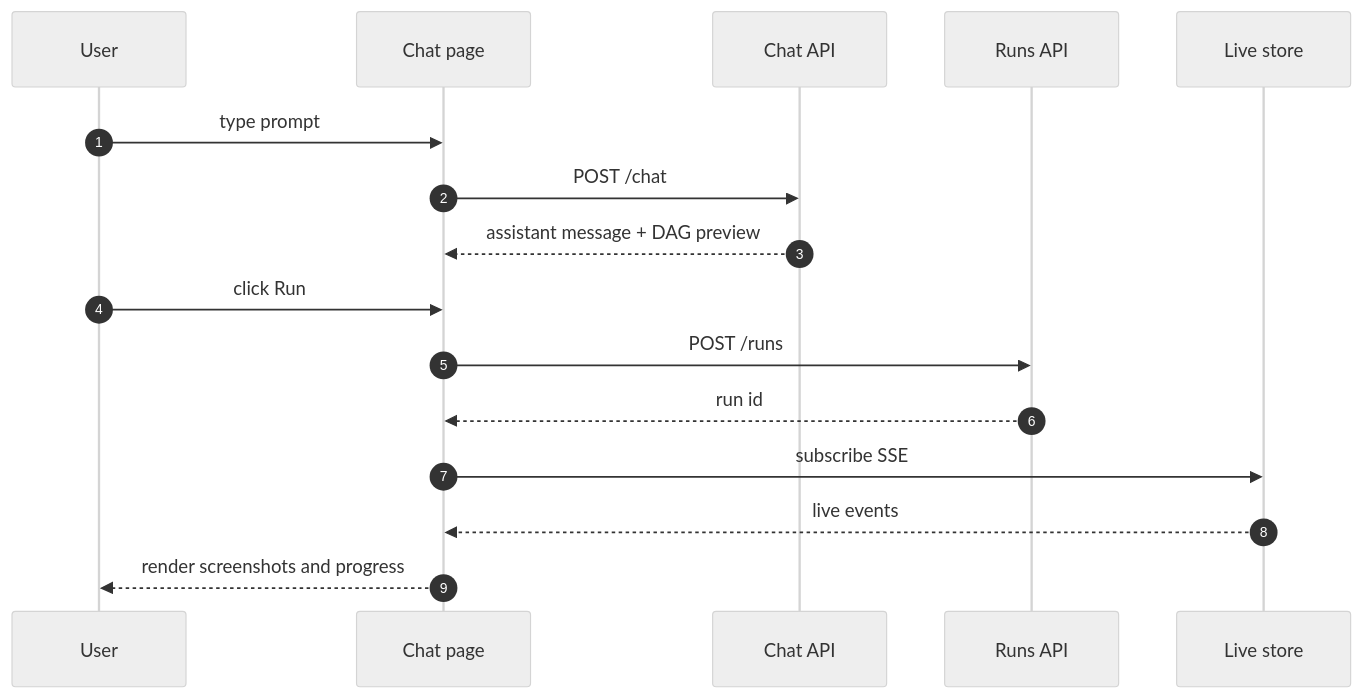
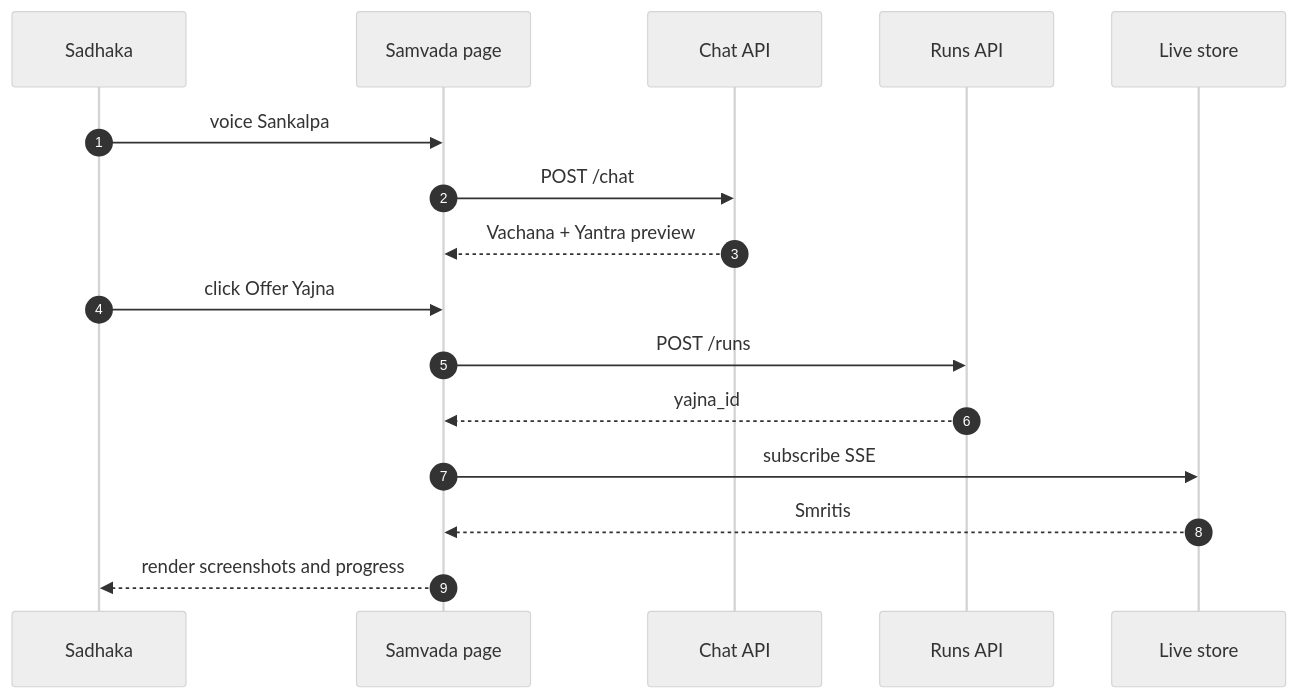
One commit to so-weak/Aakaar changed the fifth of 8 diagrams in documentation/src/04-Frontend-Architecture.md. Above: the diagram before and after it, drawn with Mermaid (neutral theme). The commit also changed other lines of this file and 56 other files, not shown here.

````diff
--- a/documentation/src/04-Frontend-Architecture.md
+++ b/documentation/src/04-Frontend-Architecture.md
@@ -140,19 +140,19 @@
 ```mermaid
 sequenceDiagram
   autonumber
-  participant U as User
-  participant CP as Chat page
+  participant U as Sadhaka
+  participant CP as Samvada page
   participant A as Chat API
   participant R as Runs API
   participant L as Live store
 
-  U->>CP: type prompt
+  U->>CP: voice Sankalpa
   CP->>A: POST /chat
-  A-->>CP: assistant message + DAG preview
-  U->>CP: click Run
+  A-->>CP: Vachana + Yantra preview
+  U->>CP: click Offer Yajna
   CP->>R: POST /runs
-  R-->>CP: run id
+  R-->>CP: yajna_id
   CP->>L: subscribe SSE
-  L-->>CP: live events
+  L-->>CP: Smritis
   CP-->>U: render screenshots and progress
 ```
````
